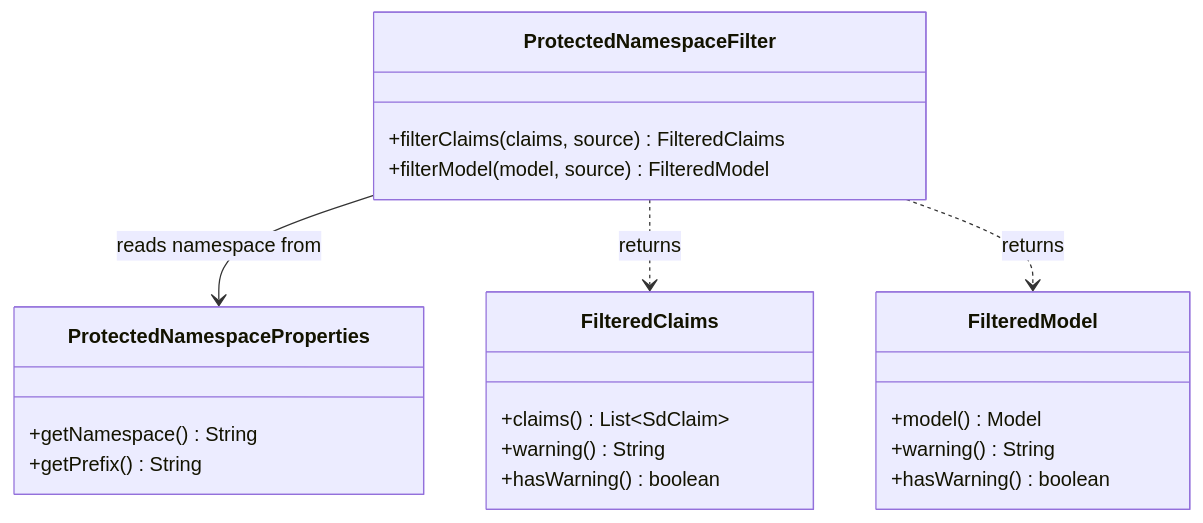
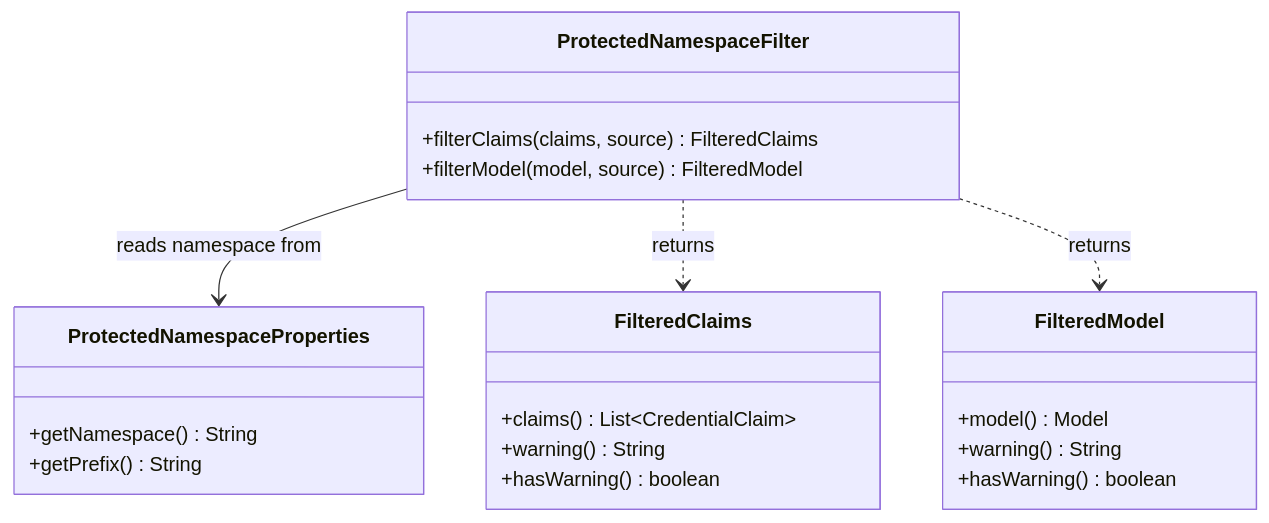
One commit to federated-catalogue-enhancements-2026/docs changed the third of 10 diagrams in federated-catalogue/src/docs/architecture/chapters/05_building_block_view.adoc. Above: the diagram before and after it, drawn with Mermaid. The commit also changed other lines of this file and 11 other files, not shown here.

```diff
--- a/federated-catalogue/src/docs/architecture/chapters/05_building_block_view.adoc
+++ b/federated-catalogue/src/docs/architecture/chapters/05_building_block_view.adoc
@@ -320,25 +320,25 @@
 [mermaid, width=2000]
 ....
 classDiagram
     class ProtectedNamespaceFilter {
         +filterClaims(claims, source) FilteredClaims
         +filterModel(model, source) FilteredModel
     }
     class FilteredClaims {
-        +claims() List~SdClaim~
+        +claims() List~CredentialClaim~
         +warning() String
         +hasWarning() boolean
     }
     class FilteredModel {
         +model() Model
         +warning() String
         +hasWarning() boolean
     }
     class ProtectedNamespaceProperties {
         +getNamespace() String
         +getPrefix() String
     }
     ProtectedNamespaceFilter --> ProtectedNamespaceProperties : reads namespace from
     ProtectedNamespaceFilter ..> FilteredClaims : returns
     ProtectedNamespaceFilter ..> FilteredModel : returns
 ....
```
